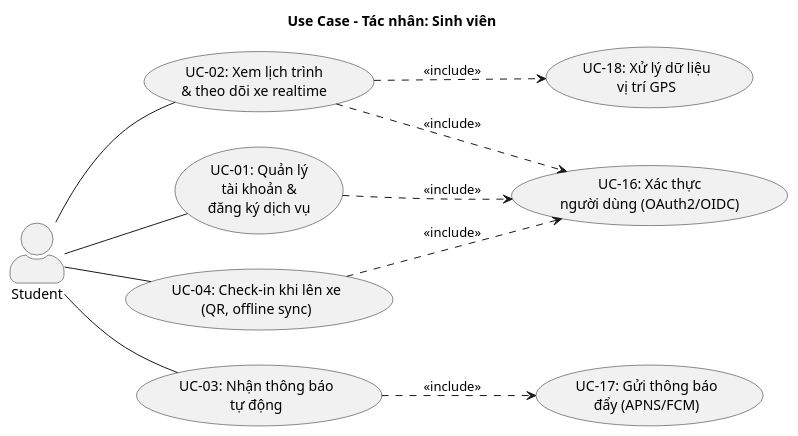
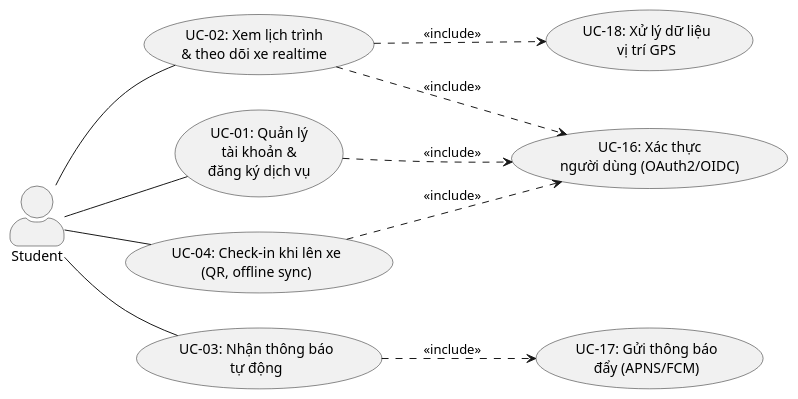
Before and after one commit to phuongbv00/hust-bus-stop: the diagram in docs/uml/usecase/usecase_student.puml, drawn with PlantUML. The commit also changed 5 other files, not shown here.

Commit message:
docs: update diagrams

```diff
--- a/docs/uml/usecase/usecase_student.puml
+++ b/docs/uml/usecase/usecase_student.puml
@@ -1,29 +1,28 @@
 @startuml
-title Use Case - Tác nhân: Sinh viên
 left to right direction
 skinparam packageStyle rectangle
 skinparam actorStyle awesome
 
 actor "Student" as Student
 
   usecase "UC-01: Quản lý\ntài khoản &\nđăng ký dịch vụ" as UC01
   usecase "UC-02: Xem lịch trình\n& theo dõi xe realtime" as UC02
   usecase "UC-03: Nhận thông báo\ntự động" as UC03
   usecase "UC-04: Check-in khi lên xe\n(QR, offline sync)" as UC04
 
   usecase "UC-16: Xác thực\nngười dùng (OAuth2/OIDC)" as UC16
   usecase "UC-17: Gửi thông báo\nđẩy (APNS/FCM)" as UC17
   usecase "UC-18: Xử lý dữ liệu\nvị trí GPS" as UC18
 
 Student -- UC01
 Student -- UC02
 Student -- UC03
 Student -- UC04
 
 ' Include relationships
 UC01 ..> UC16 : <<include>>
 UC02 ..> UC16 : <<include>>
 UC02 ..> UC18 : <<include>>
 UC03 ..> UC17 : <<include>>
 UC04 ..> UC16 : <<include>>
 @enduml
```
